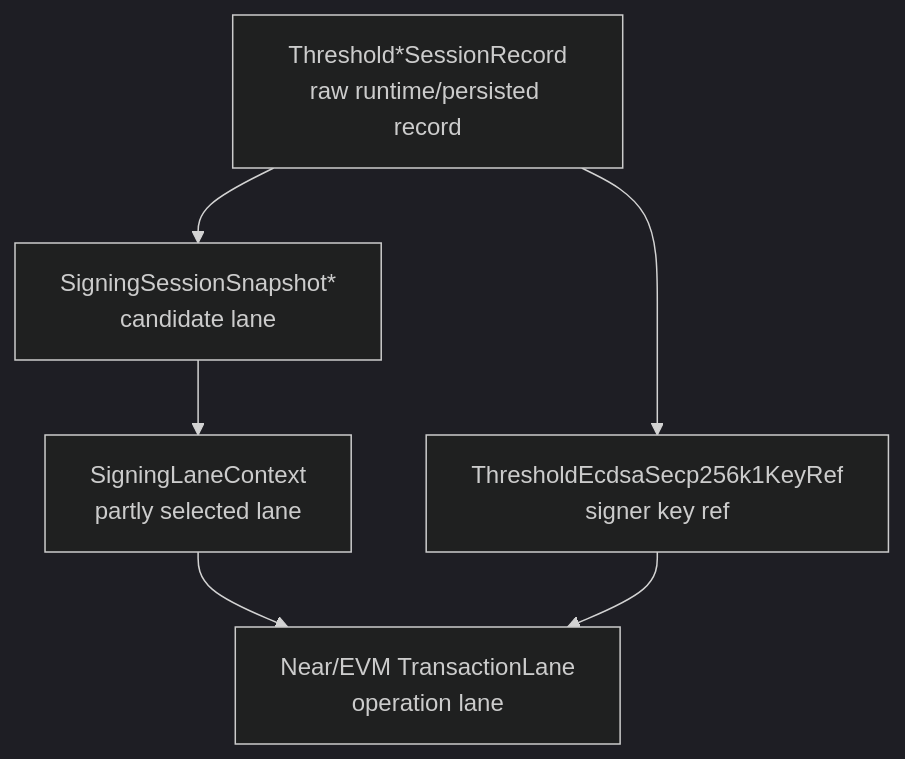
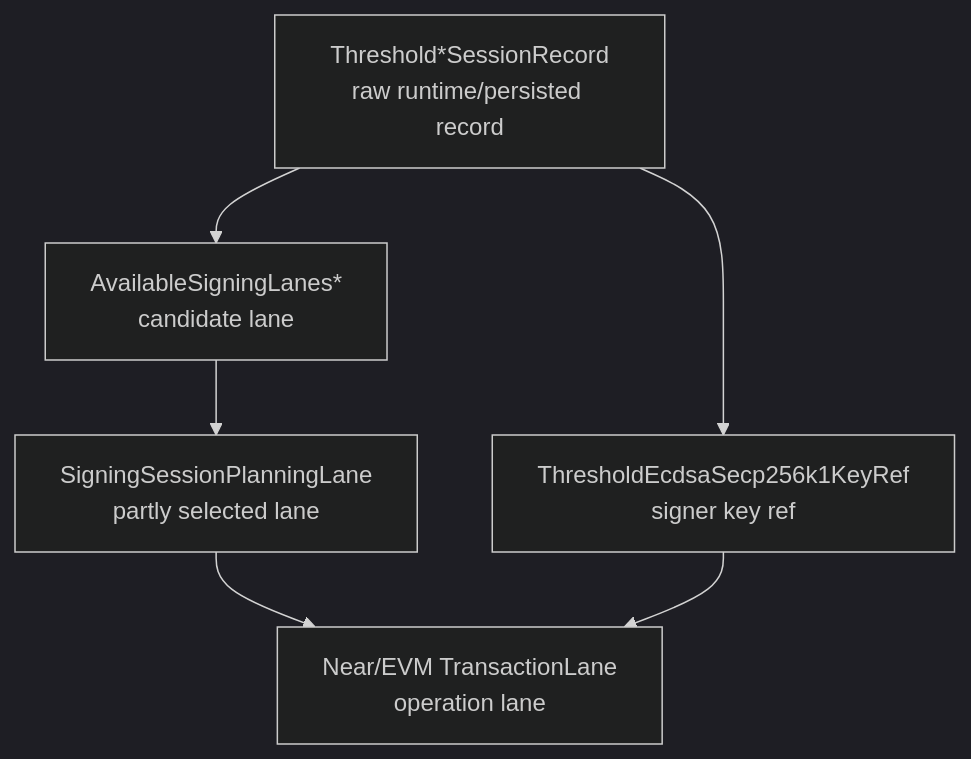
One commit to seams-tech/seams-sdk changed the third of 9 diagrams in docs/refactor-33.md. Above: the diagram before and after it, drawn with Mermaid (dark theme). The commit also changed other lines of this file and 655 other files, not shown here.

Commit message:
refactor signing engine architecture

````diff
--- a/docs/refactor-33.md
+++ b/docs/refactor-33.md
@@ -451,14 +496,14 @@
 ```mermaid
 flowchart TD
   RECORD["Threshold*SessionRecord\nraw runtime/persisted record"]
-  SNAP["SigningSessionSnapshot*\ncandidate lane"]
-  LANE["SigningLaneContext\npartly selected lane"]
+  SNAP["AvailableSigningLanes*\ncandidate lane"]
+  LANE["SigningSessionPlanningLane\npartly selected lane"]
   TXLANE["Near/EVM TransactionLane\noperation lane"]
   KEYREF["ThresholdEcdsaSecp256k1KeyRef\nsigner key ref"]
 
   RECORD --> SNAP
   SNAP --> LANE
   RECORD --> KEYREF
   LANE --> TXLANE
   KEYREF --> TXLANE
 ```
````
